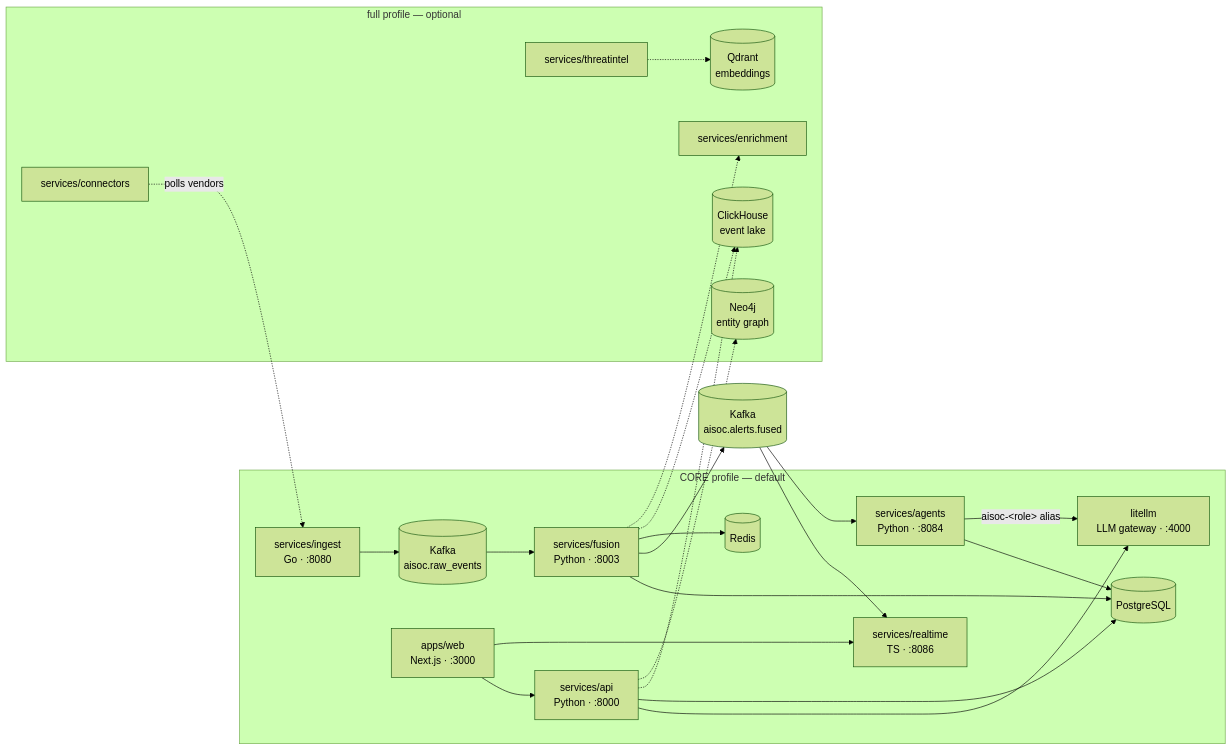
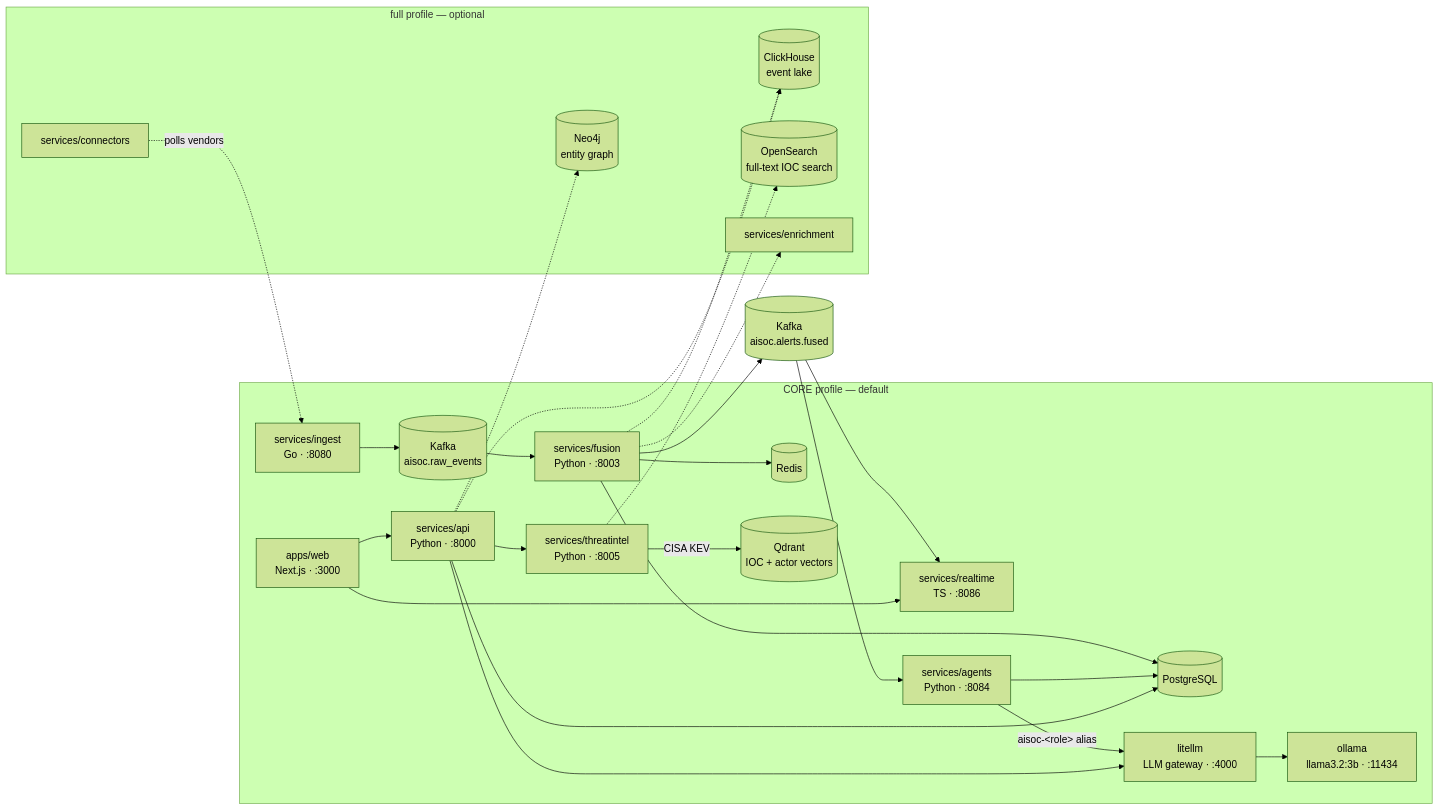
Before and after one commit to beenuar/AiSOC: the second of 5 diagrams in docs/architecture/README.md, drawn with Mermaid (forest theme). The commit also changed other lines of this file and 96 other files, not shown here.

````diff
--- a/docs/architecture/README.md
+++ b/docs/architecture/README.md
@@ -103,44 +103,49 @@
 ```mermaid
 flowchart LR
     subgraph core ["CORE profile — default"]
         ing["services/ingest<br/>Go · :8080"]
         kaf[("Kafka<br/>aisoc.raw_events")]
         fus["services/fusion<br/>Python · :8003"]
         pg[("PostgreSQL")]
         rds[("Redis")]
         api["services/api<br/>Python · :8000"]
         rt["services/realtime<br/>TS · :8086"]
         agt["services/agents<br/>Python · :8084"]
         web["apps/web<br/>Next.js · :3000"]
         llm["litellm<br/>LLM gateway · :4000"]
+        oll["ollama<br/>llama3.2:3b · :11434"]
+        ti["services/threatintel<br/>Python · :8005"]
+        qd[("Qdrant<br/>IOC + actor vectors")]
     end
 
     subgraph full ["full profile — optional"]
         ch[("ClickHouse<br/>event lake")]
         neo[("Neo4j<br/>entity graph")]
-        qd[("Qdrant<br/>embeddings")]
+        os[("OpenSearch<br/>full-text IOC search")]
         enr["services/enrichment"]
         conn["services/connectors"]
-        ti["services/threatintel"]
     end
 
     conn -.->|"polls vendors"| ing
     ing --> kaf
     kaf --> fus
     fus --> pg
     fus --> kafd[("Kafka<br/>aisoc.alerts.fused")]
     fus --> rds
     fus -.-> ch
     fus -.-> enr
     kafd --> rt
     kafd --> agt
     agt --> pg
     agt -->|"aisoc-&lt;role&gt; alias"| llm
     api --> llm
+    llm --> oll
     api --> pg
     api -.-> ch
     api -.-> neo
-    ti -.-> qd
+    ti -->|"CISA KEV"| qd
+    ti -.-> os
+    api --> ti
     web --> api
     web --> rt
 ```
````
